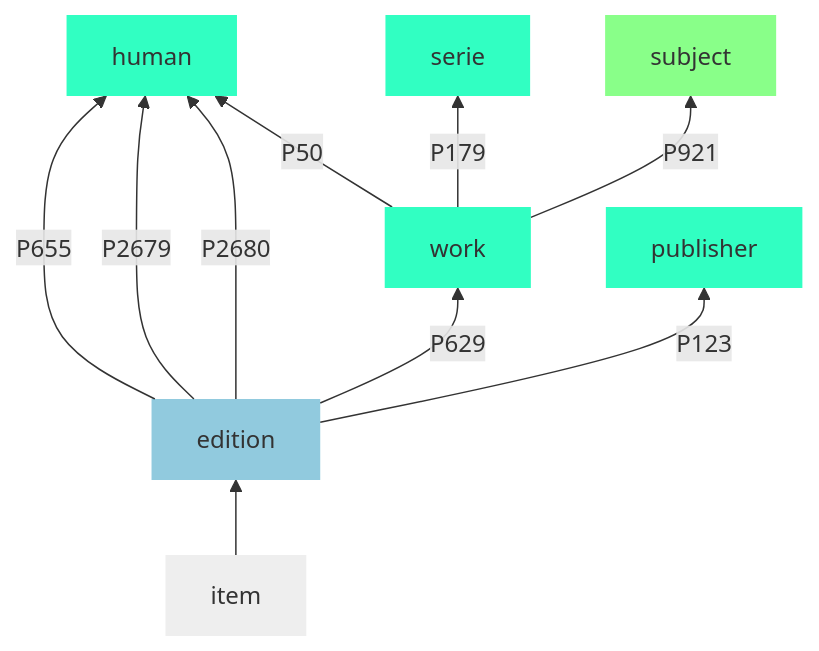
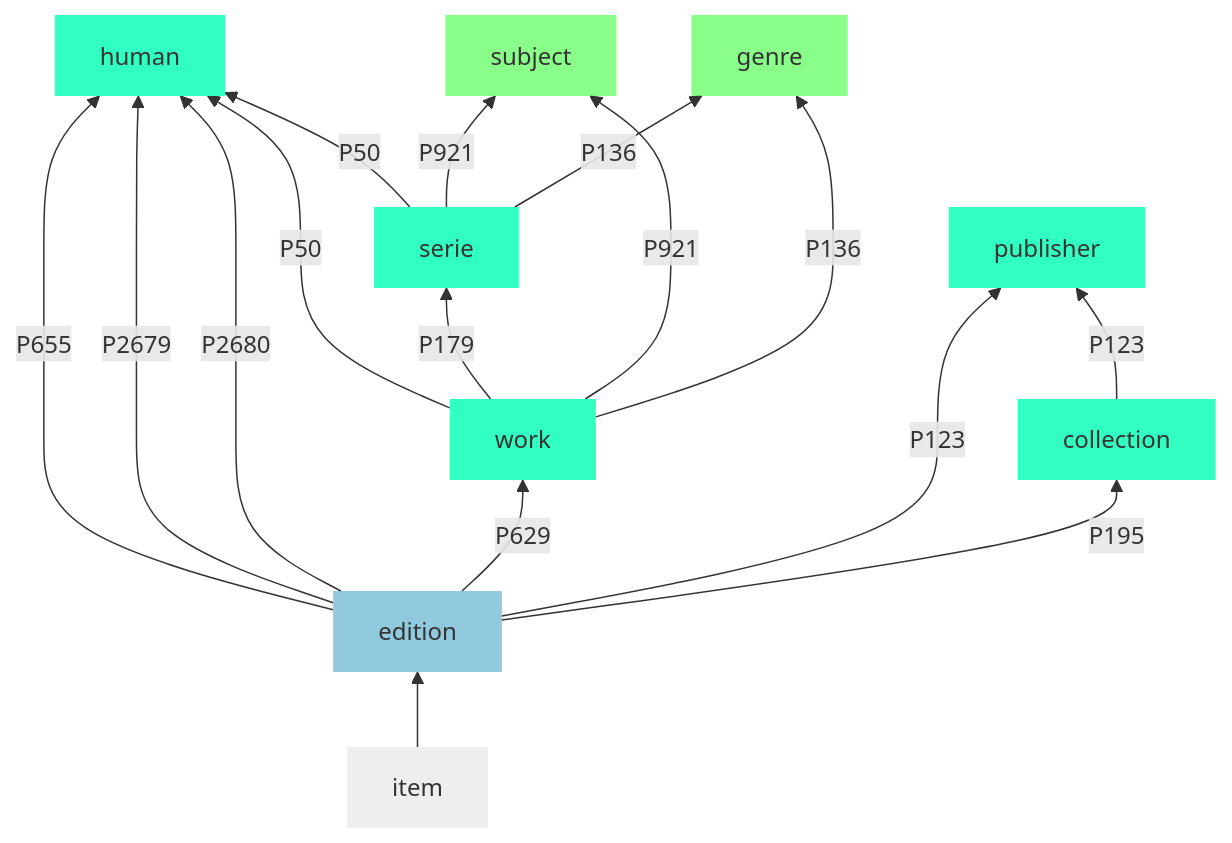
The diagram in src/map.mmd (inventaire/entities-map), drawn with Mermaid before and after one commit. The commit also changed 1 other file, not shown here.

```diff
--- a/src/map.mmd
+++ b/src/map.mmd
@@ -1,21 +1,27 @@
 graph BT
 
   work -->|P50| human
   work -->|P179| serie
   work -->|P921| subject
+  work -->|P136| genre
+  serie -->|P50| human
+  serie -->|P921| subject
+  serie -->|P136| genre
   edition -->|P655| human
   edition -->|P2679| human
   edition -->|P2680| human
   edition -->|P629| work
   edition -->|P123| publisher
+  edition -->|P195| collection
+  collection -->|P123| publisher
   item --> edition
 
   classDef wikidata fill:#22ff2288,stroke-width:0;
   classDef both fill:#31ffc2,stroke-width:0;
   classDef inventaire fill:#319cc288,stroke-width:0;
   classDef notanentity fill:#eee,stroke-width:0;
 
-  class subject wikidata;
-  class work,human,serie,publisher both;
+  class subject,genre wikidata;
+  class work,human,serie,publisher,collection both;
   class edition inventaire;
   class item notanentity;
```
